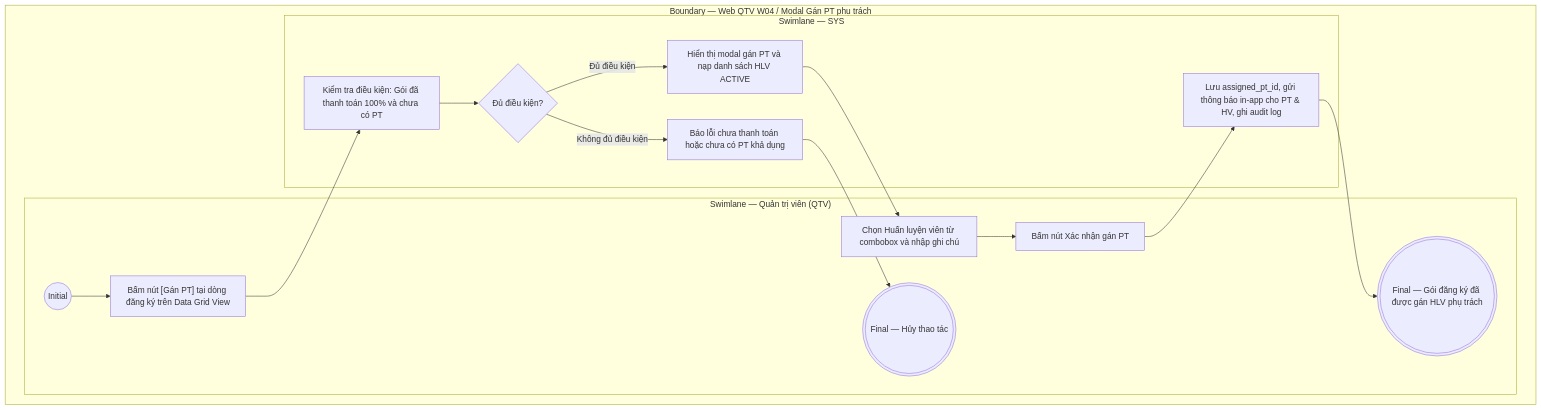
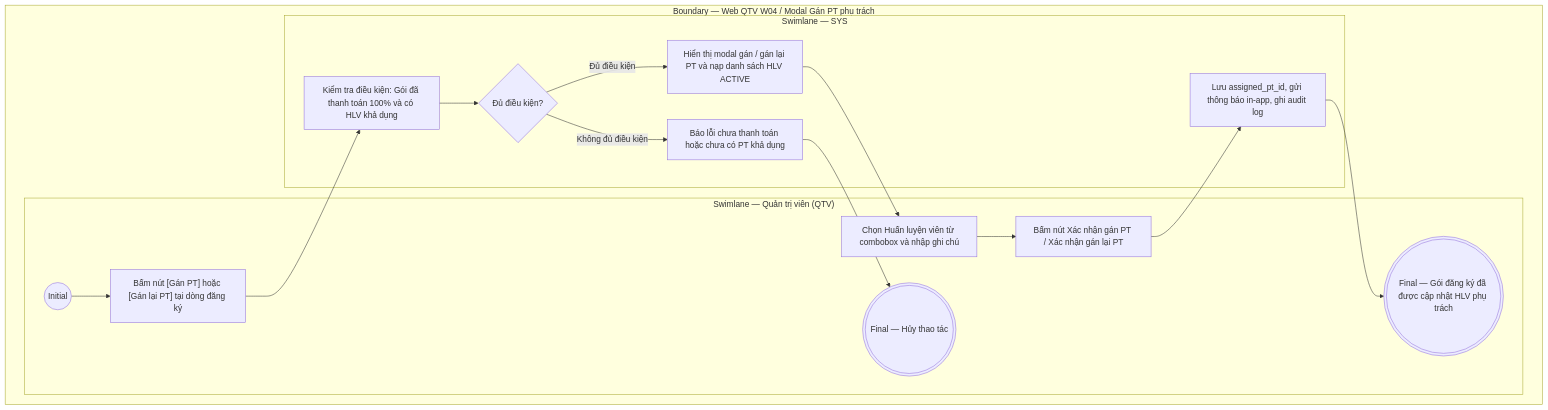
One commit to ThachY-23120411/Paradise-Gym-v2 changed the diagram in docs/user-stories/qtv/QTV-W04-Đăng ký & gia hạn/QTV-W04-US05-Gán PT phụ trách cho gói đăng ký.md. Above: the diagram before and after it, drawn with Mermaid. The commit also changed other lines of this file and 937 other files, not shown here.

````diff
--- a/docs/user-stories/qtv/QTV-W04-Đăng ký & gia hạn/QTV-W04-US05-Gán PT phụ trách cho gói đăng ký.md
+++ b/docs/user-stories/qtv/QTV-W04-Đăng ký & gia hạn/QTV-W04-US05-Gán PT phụ trách cho gói đăng ký.md
@@ -47,26 +56,26 @@
 ```mermaid
 flowchart TB
   subgraph B["Boundary — Web QTV W04 / Modal Gán PT phụ trách"]
     subgraph L0["Swimlane — Quản trị viên (QTV)"]
       I01(("Initial"))
-      A01["Bấm nút [Gán PT] tại dòng đăng ký trên Data Grid View"]
+      A01["Bấm nút [Gán PT] hoặc [Gán lại PT] tại dòng đăng ký"]
       A02["Chọn Huấn luyện viên từ combobox và nhập ghi chú"]
-      A03["Bấm nút Xác nhận gán PT"]
-      F01((("Final — Gói đăng ký đã được gán HLV phụ trách")))
+      A03["Bấm nút Xác nhận gán PT / Xác nhận gán lại PT"]
+      F01((("Final — Gói đăng ký đã được cập nhật HLV phụ trách")))
       F02((("Final — Hủy thao tác")))
     end
 
     subgraph L1["Swimlane — SYS"]
-      S01["Kiểm tra điều kiện: Gói đã thanh toán 100% và chưa có PT"]
+      S01["Kiểm tra điều kiện: Gói đã thanh toán 100% và có HLV khả dụng"]
       D01{"Đủ điều kiện?"}
-      S02["Hiển thị modal gán PT và nạp danh sách HLV ACTIVE"]
-      S03["Lưu assigned_pt_id, gửi thông báo in-app cho PT & HV, ghi audit log"]
+      S02["Hiển thị modal gán / gán lại PT và nạp danh sách HLV ACTIVE"]
+      S03["Lưu assigned_pt_id, gửi thông báo in-app, ghi audit log"]
       S04["Báo lỗi chưa thanh toán hoặc chưa có PT khả dụng"]
 
       I01 --> A01
       A01 --> S01 --> D01
       D01 -->|Đủ điều kiện| S02 --> A02 --> A03 --> S03 --> F01
       D01 -->|Không đủ điều kiện| S04 --> F02
     end
   end
 ```
````
